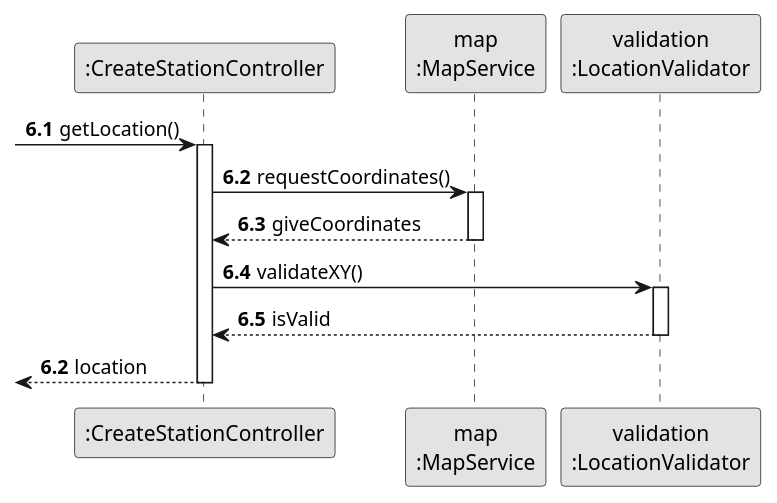
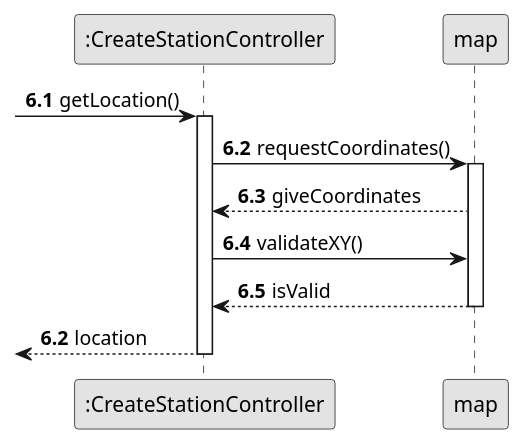
The diagram in docs/system-documentation/US05/03.Design/puml/SSD-Get-Locatio.puml (Andremonteiro1240850/railway_simulator), drawn with PlantUML before and after one commit. The commit also changed 42 other files, not shown here.

```diff
--- a/docs/system-documentation/US05/03.Design/puml/SSD-Get-Locatio.puml
+++ b/docs/system-documentation/US05/03.Design/puml/SSD-Get-Locatio.puml
@@ -1,27 +1,27 @@
 @startuml
 skinparam monochrome true
 skinparam packageStyle rectangle
 skinparam shadowing false
 
 participant ":CreateStationController" as CTRL
-participant "map\n:MapService" as MAP
-participant "validation\n:LocationValidator" as VALID
+participant "map" as MAP
+
 
 autonumber 6.1
 -> CTRL : getLocation()
 activate CTRL
 
         CTRL -> MAP : requestCoordinates()
         activate MAP
             MAP --> CTRL : giveCoordinates
+
+
+        CTRL -> MAP : validateXY()
+
+            MAP --> CTRL : isValid
         deactivate MAP
-
-        CTRL -> VALID : validateXY()
-        activate VALID
-            VALID --> CTRL : isValid
-        deactivate VALID
 
     autonumber 6.2
     <-- CTRL : location
 deactivate CTRL
 @enduml
```
